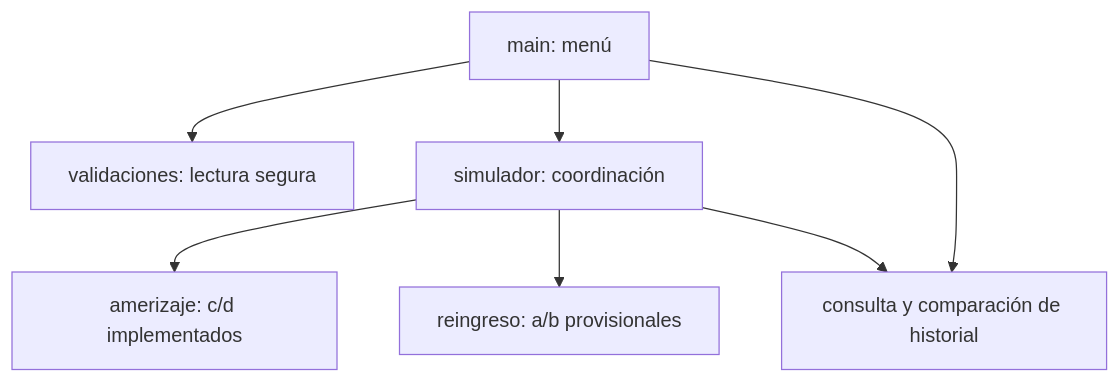
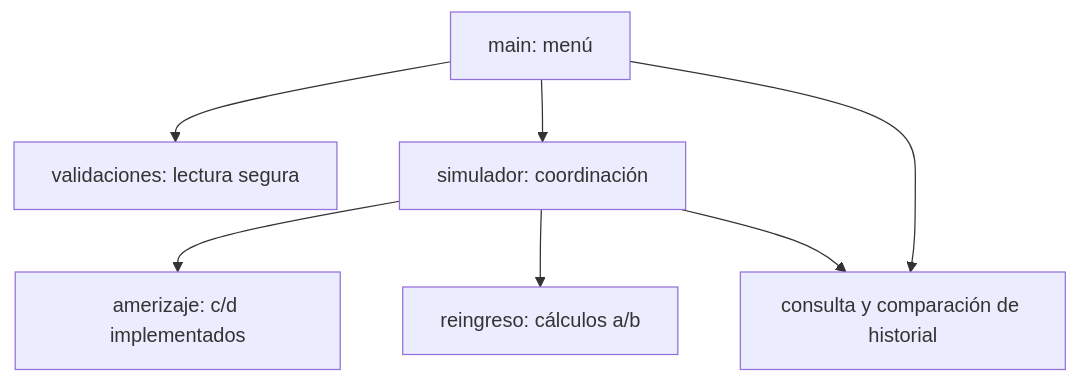
The diagram in README.md (alexisquatrin-tech/Trabajo-Integrador-C), drawn with Mermaid before and after one commit. The commit also changed other lines of this file and 7 other files, not shown here.

````diff
--- a/README.md
+++ b/README.md
@@ -172,9 +180,9 @@
 ```mermaid
 flowchart TD
     M[main: menú] --> V[validaciones: lectura segura]
     M --> S[simulador: coordinación]
     S --> A[amerizaje: c/d implementados]
-    S --> R[reingreso: a/b provisionales]
+    S --> R[reingreso: cálculos a/b]
     M --> H[consulta y comparación de historial]
     S --> H
 ```
````
